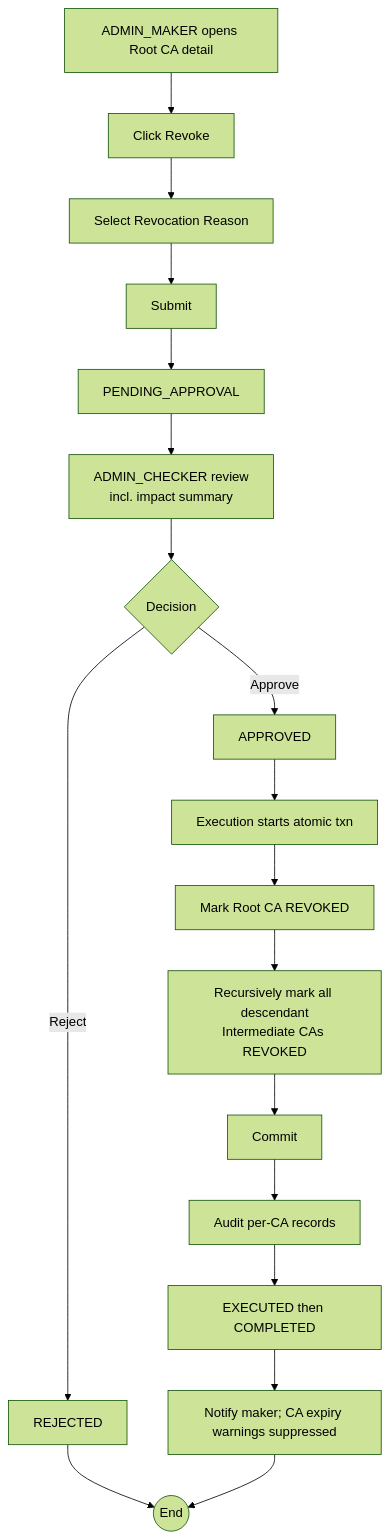
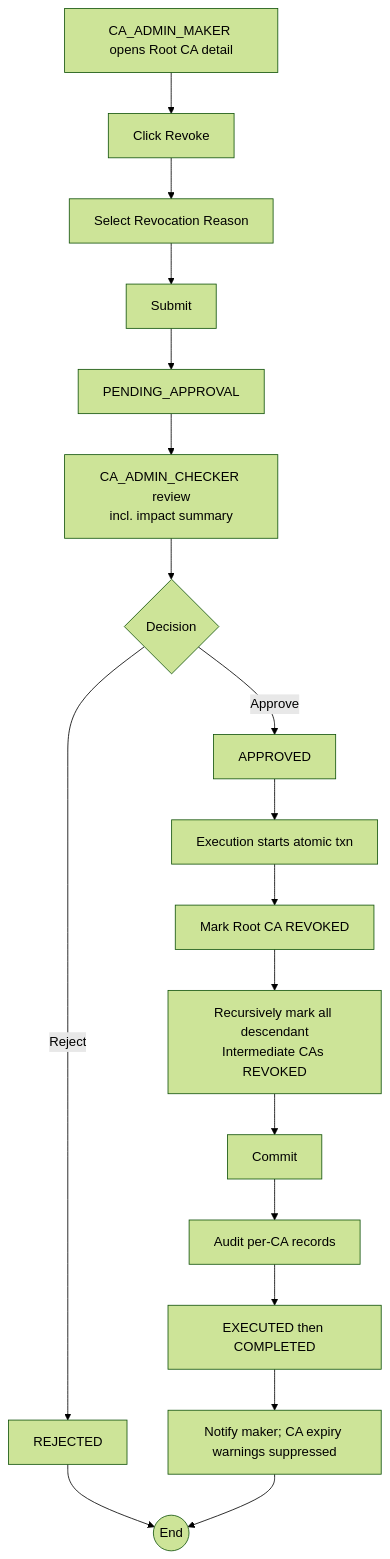
The diagram in Docs/1-Requirements/Workflows/WF-009-root-ca-revocation.md (ruthvikchandravanam/Nexus-CA), drawn with Mermaid (forest theme) before and after one commit. The commit also changed other lines of this file and 33 other files, not shown here.

````diff
--- a/Docs/1-Requirements/Workflows/WF-009-root-ca-revocation.md
+++ b/Docs/1-Requirements/Workflows/WF-009-root-ca-revocation.md
@@ -21,19 +21,19 @@
 ```mermaid
 flowchart TD
-    A[ADMIN_MAKER opens Root CA detail] --> B[Click Revoke]
+    A[CA_ADMIN_MAKER opens Root CA detail] --> B[Click Revoke]
     B --> C[Select Revocation Reason]
     C --> D[Submit]
     D --> E[PENDING_APPROVAL]
-    E --> F[ADMIN_CHECKER review<br/>incl. impact summary]
+    E --> F[CA_ADMIN_CHECKER review<br/>incl. impact summary]
     F --> G{Decision}
     G -- Reject --> R[REJECTED] --> Z((End))
     G -- Approve --> H[APPROVED]
     H --> I[Execution starts atomic txn]
     I --> J[Mark Root CA REVOKED]
     J --> K[Recursively mark all descendant<br/>Intermediate CAs REVOKED]
     K --> L[Commit]
     L --> M[Audit per-CA records]
     M --> N[EXECUTED then COMPLETED]
     N --> O[Notify maker; CA expiry warnings suppressed]
     O --> Z
 ```
````
